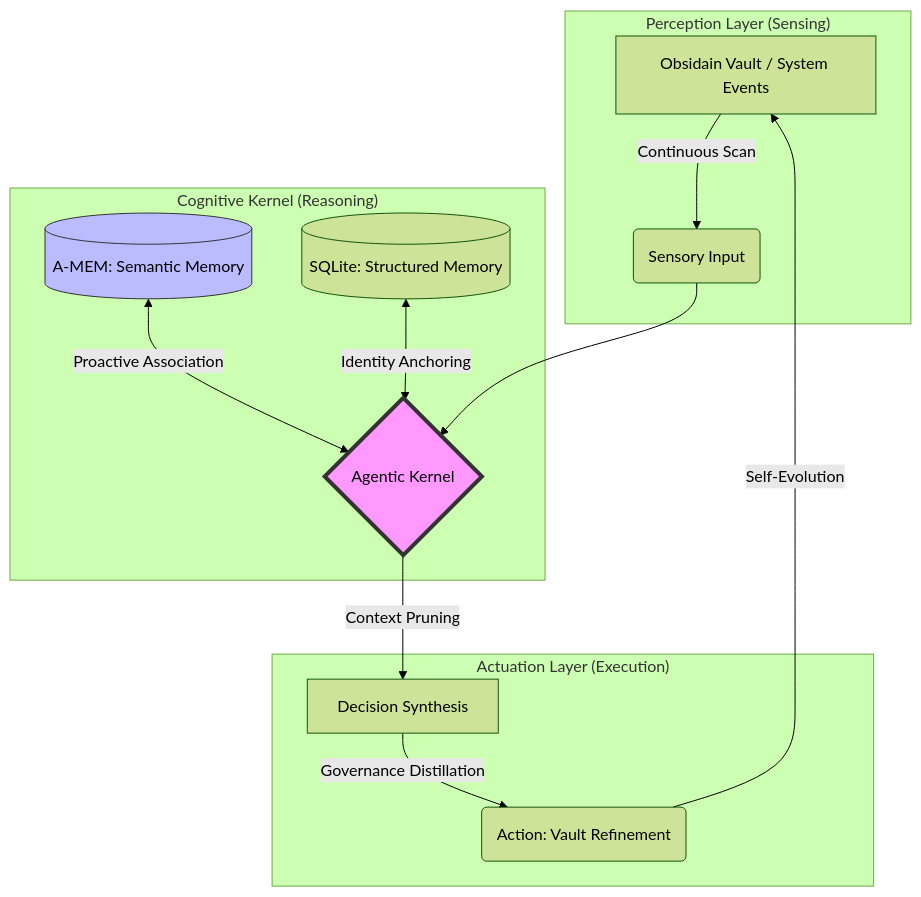
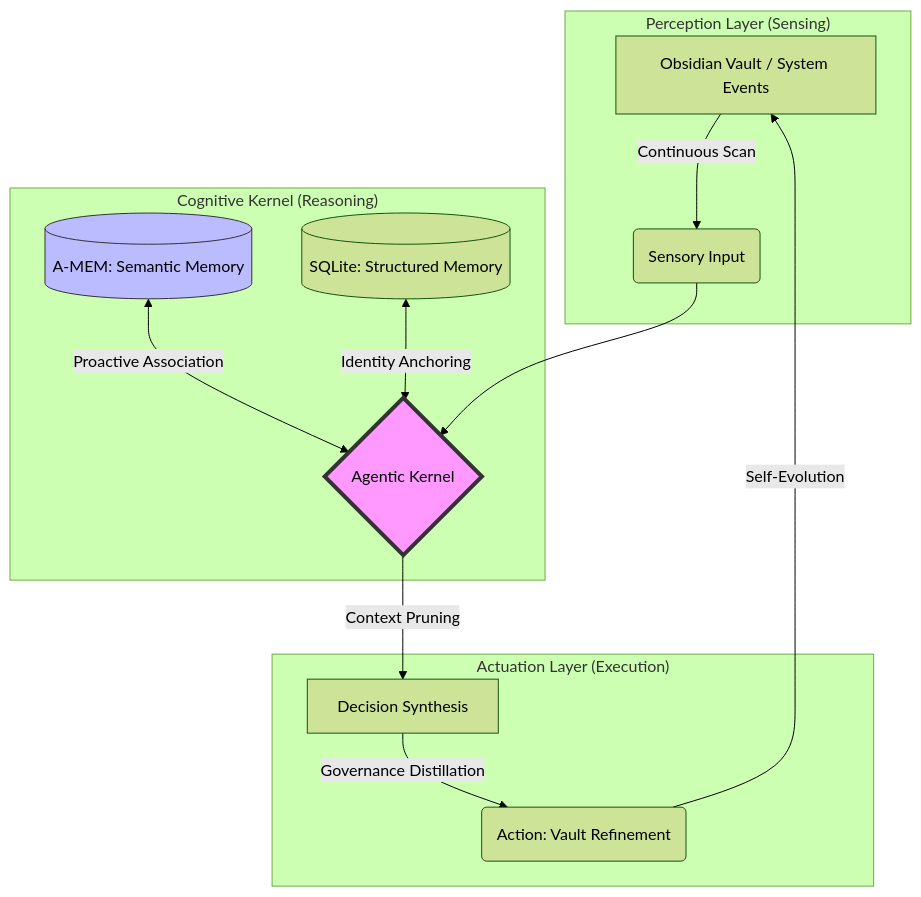
The diagram in _posts/2026-03-08-lifeos-5-agentic-brain.md (liuh886/notes), drawn with Mermaid (forest theme) before and after one commit. The commit also changed other lines of this file and 1 other file, not shown here.

````diff
--- a/_posts/2026-03-08-lifeos-5-agentic-brain.md
+++ b/_posts/2026-03-08-lifeos-5-agentic-brain.md
@@ -18,21 +25,21 @@
 ```mermaid
 graph TD
     subgraph "Perception Layer (Sensing)"
-        A[Obsidain Vault / System Events] -->|Continuous Scan| B(Sensory Input)
+        A[Obsidian Vault / System Events] -->|Continuous Scan| B(Sensory Input)
     end
 
     subgraph "Cognitive Kernel (Reasoning)"
         B --> C{Agentic Kernel}
         D[(A-MEM: Semantic Memory)] <-->|Proactive Association| C
         E[(SQLite: Structured Memory)] <-->|Identity Anchoring| C
     end
 
     subgraph "Actuation Layer (Execution)"
         C -->|Context Pruning| F[Decision Synthesis]
         F -->|Governance Distillation| G(Action: Vault Refinement)
         G -->|Self-Evolution| A
     end
 
     style C fill:#f9f,stroke:#333,stroke-width:4px
     style D fill:#bbf,stroke:#333
 ```
````
